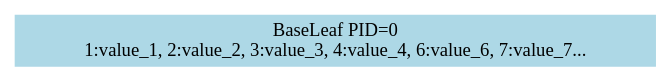
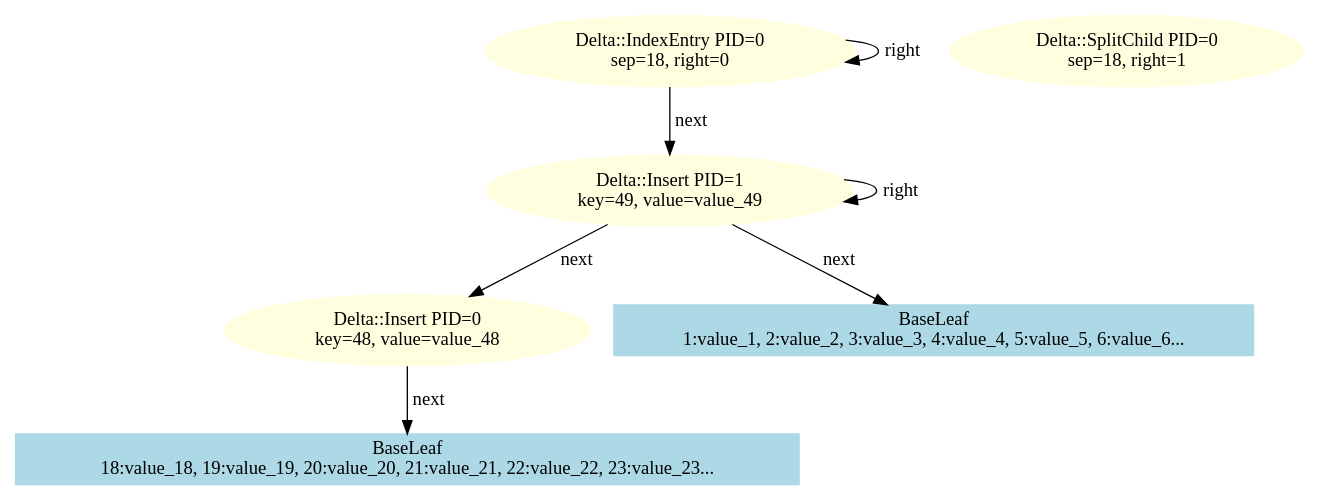
The diagram in bwtree_test_visualization.dot (willothy/bwtree-rs), drawn with Graphviz before and after one commit. The commit also changed 1 other file, not shown here.

```diff
--- a/bwtree_test_visualization.dot
+++ b/bwtree_test_visualization.dot
@@ -1,3 +1,14 @@
 digraph bwtree {
-    node0[label="BaseLeaf PID=0\n1:value_1, 2:value_2, 3:value_3, 4:value_4, 6:value_6, 7:value_7..."][style="filled"][color="lightblue"][shape="box"];
+    node0[label="Delta::IndexEntry PID=0\nsep=18, right=0"][style="filled"][color="lightyellow"][shape="ellipse"];
+    node1[label="Delta::Insert PID=1\nkey=49, value=value_49"][style="filled"][color="lightyellow"][shape="ellipse"];
+    node2[label="Delta::Insert PID=0\nkey=48, value=value_48"][style="filled"][color="lightyellow"][shape="ellipse"];
+    node3[label="BaseLeaf\n18:value_18, 19:value_19, 20:value_20, 21:value_21, 22:value_22, 23:value_23..."][style="filled"][color="lightblue"][shape="box"];
+    node4[label="Delta::SplitChild PID=0\nsep=18, right=1"][style="filled"][color="lightyellow"][shape="ellipse"];
+    node5[label="BaseLeaf\n1:value_1, 2:value_2, 3:value_3, 4:value_4, 5:value_5, 6:value_6..."][style="filled"][color="lightblue"][shape="box"];
+    node0 -> node0[label="right"];
+    node2 -> node3[label="next"];
+    node1 -> node2[label="next"];
+    node1 -> node1[label="right"];
+    node1 -> node5[label="next"];
+    node0 -> node1[label="next"];
 }
```
